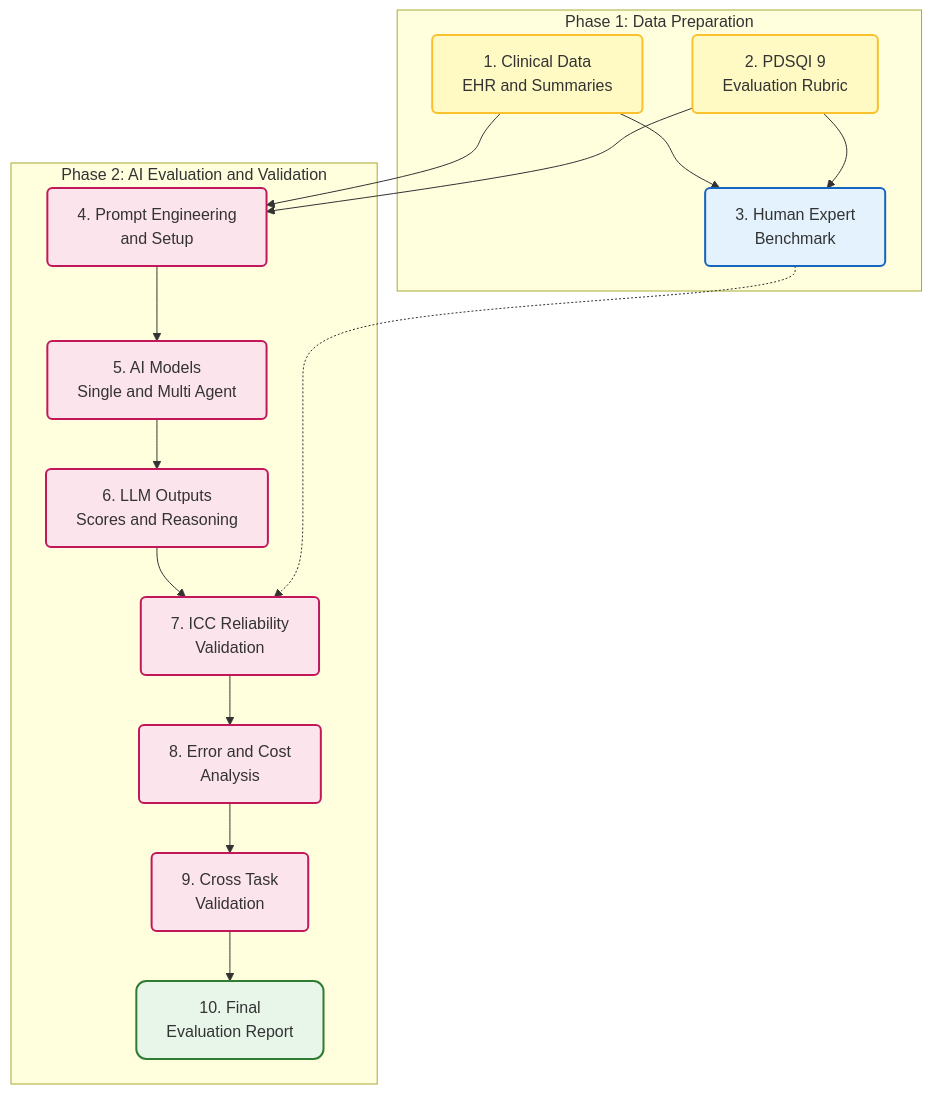
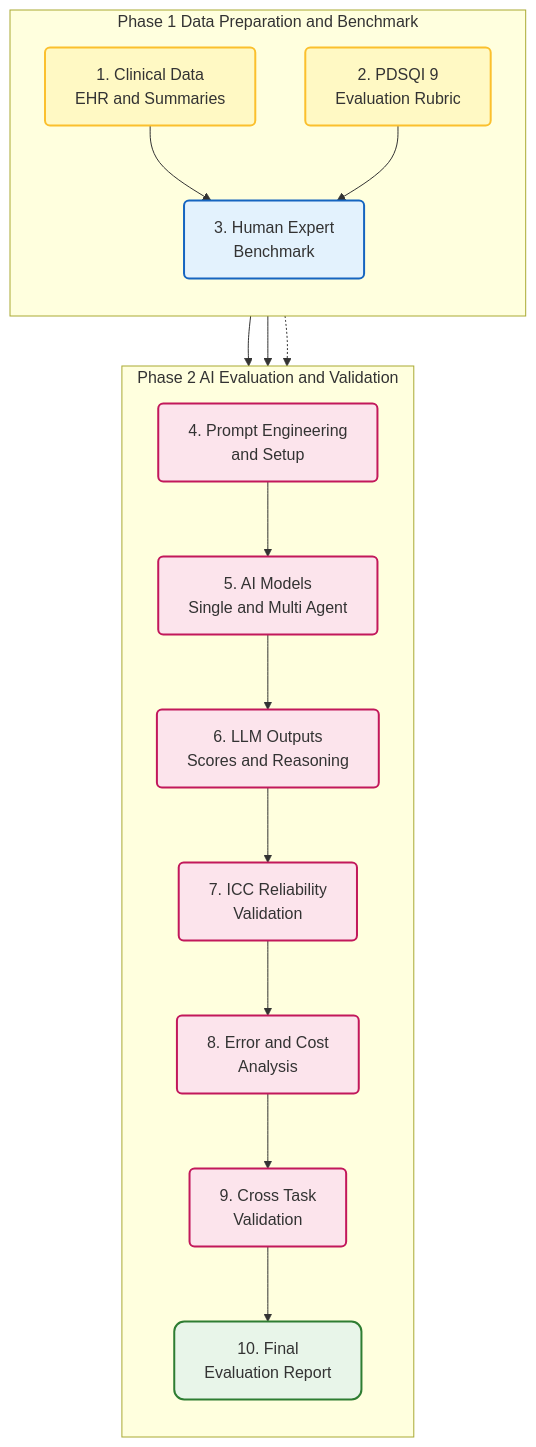
Before and after one commit to hhtrocket/HHT-Benchmark-dataset: the diagram in Literature Review/medical background AI agent evaluation.md, drawn with Mermaid.

Commit message:
Update medical background AI agent evaluation.md

````diff
--- a/Literature Review/medical background AI agent evaluation.md
+++ b/Literature Review/medical background AI agent evaluation.md
@@ -16,37 +16,39 @@
 ```mermaid
-graph TD
+flowchart TD
     classDef phase1 fill:#e3f2fd,stroke:#1565c0,stroke-width:2px,rx:5,ry:5;
     classDef phase2 fill:#fce4ec,stroke:#c2185b,stroke-width:2px,rx:5,ry:5;
     classDef input fill:#fff9c4,stroke:#fbc02d,stroke-width:2px,rx:5,ry:5;
     classDef report fill:#e8f5e9,stroke:#2e7d32,stroke-width:2px,rx:10,ry:10;
 
-    subgraph Phase1 [Phase 1: Data Preparation]
+    subgraph Phase1 [ Phase 1 Data Preparation and Benchmark ]
+        direction TB
         Data["1. Clinical Data<br/>EHR and Summaries"]:::input
         Rubric["2. PDSQI 9<br/>Evaluation Rubric"]:::input
         Benchmark["3. Human Expert<br/>Benchmark"]:::phase1
         
         Data --> Benchmark
         Rubric --> Benchmark
     end
 
-    subgraph Phase2 [Phase 2: AI Evaluation and Validation]
+    subgraph Phase2 [ Phase 2 AI Evaluation and Validation ]
+        direction TB
         Setup["4. Prompt Engineering<br/>and Setup"]:::phase2
         Models["5. AI Models<br/>Single and Multi Agent"]:::phase2
         Outputs["6. LLM Outputs<br/>Scores and Reasoning"]:::phase2
         Validation["7. ICC Reliability<br/>Validation"]:::phase2
         Analysis["8. Error and Cost<br/>Analysis"]:::phase2
         CrossTask["9. Cross Task<br/>Validation"]:::phase2
         Report["10. Final<br/>Evaluation Report"]:::report
         
         Setup --> Models
         Models --> Outputs
         Outputs --> Validation
         Validation --> Analysis
         Analysis --> CrossTask
         CrossTask --> Report
     end
 
     Data --> Setup
     Rubric --> Setup
     Benchmark -.-> Validation
 ```
````
